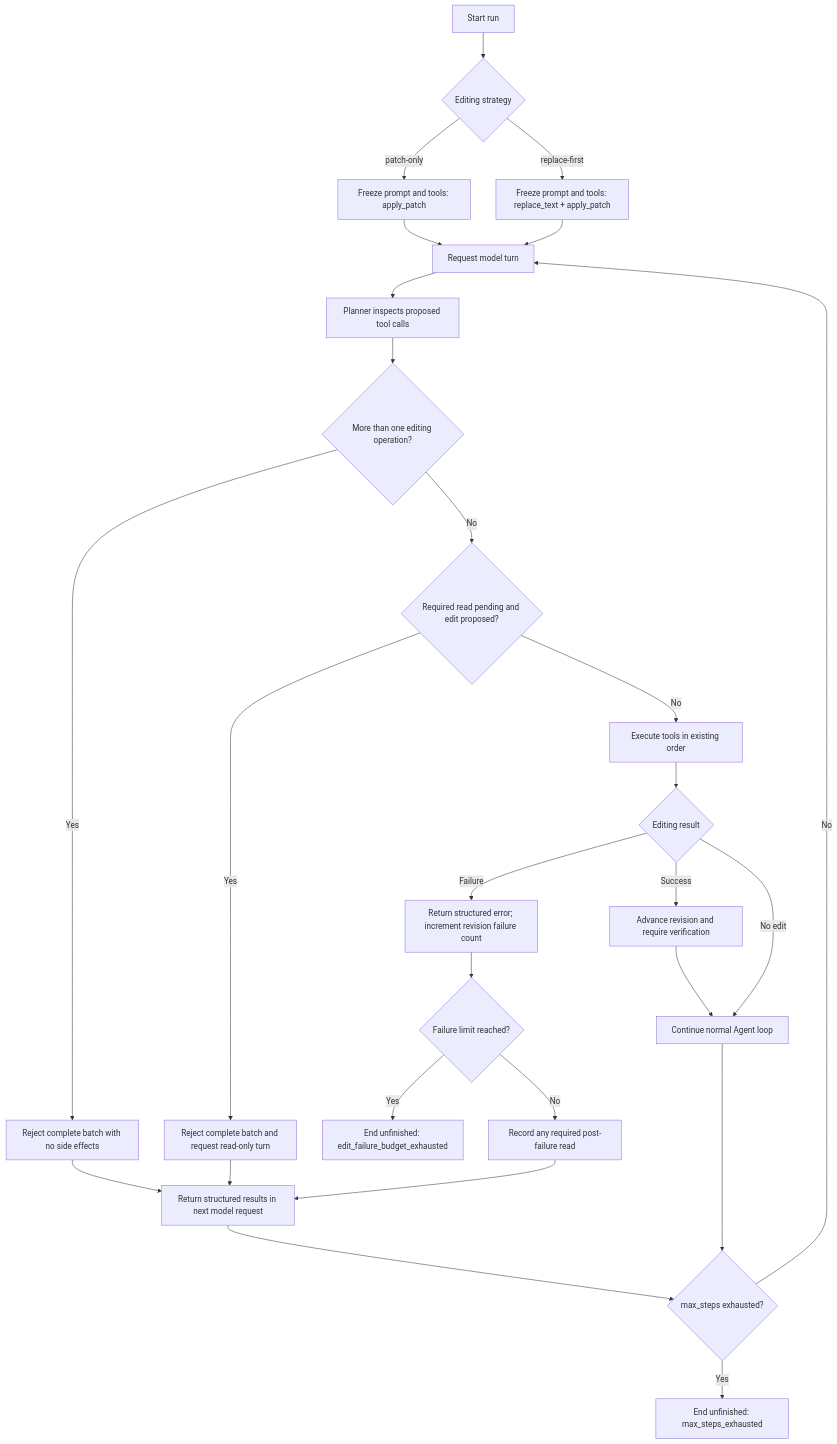
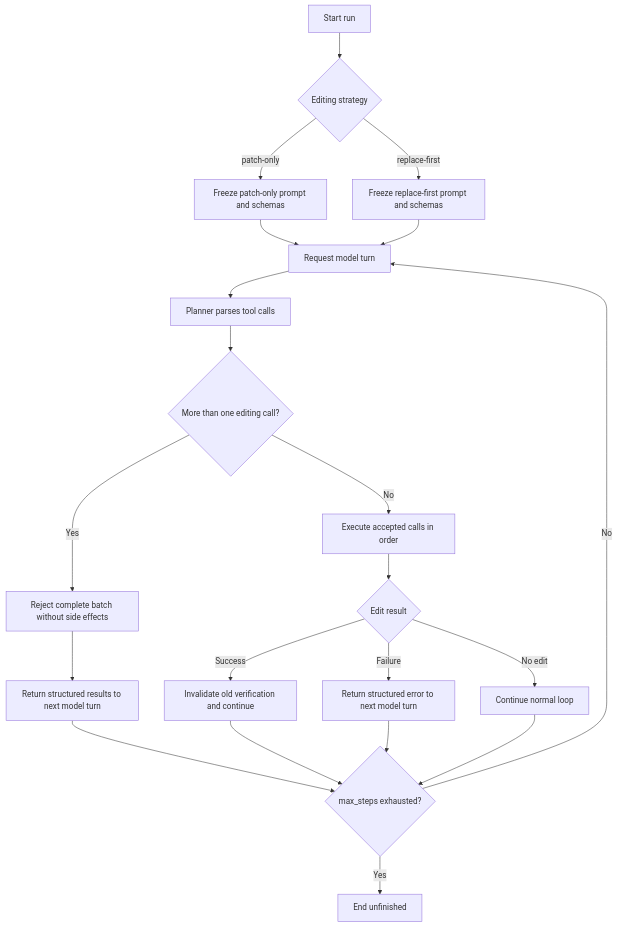
One commit to GenTang/Yada changed the first of 2 diagrams in docs/dev/editing-strategy.md. Above: the diagram before and after it, drawn with Mermaid. The commit also changed other lines of this file and 24 other files, not shown here.

```diff
--- a/docs/dev/editing-strategy.md
+++ b/docs/dev/editing-strategy.md
@@ -357,34 +219,26 @@
 ~~~mermaid
 flowchart TD
     A["Start run"] --> B{"Editing strategy"}
-    B -->|"patch-only"| C["Freeze prompt and tools: apply_patch"]
-    B -->|"replace-first"| D["Freeze prompt and tools: replace_text + apply_patch"]
+    B -->|"patch-only"| C["Freeze patch-only prompt and schemas"]
+    B -->|"replace-first"| D["Freeze replace-first prompt and schemas"]
     C --> E["Request model turn"]
     D --> E
 
-    E --> F["Planner inspects proposed tool calls"]
-    F --> G{"More than one editing operation?"}
-    G -->|"Yes"| H["Reject complete batch with no side effects"]
-    H --> I["Return structured results in next model request"]
-    I --> N{"max_steps exhausted?"}
+    E --> F["Planner parses tool calls"]
+    F --> G{"More than one editing call?"}
+    G -->|"Yes"| H["Reject complete batch without side effects"]
+    H --> I["Return structured results to next model turn"]
+    G -->|"No"| J["Execute accepted calls in order"]
 
-    G -->|"No"| J{"Required read pending and edit proposed?"}
-    J -->|"Yes"| K["Reject complete batch and request read-only turn"]
-    K --> I
-    J -->|"No"| L["Execute tools in existing order"]
+    J --> K{"Edit result"}
+    K -->|"Success"| L["Invalidate old verification and continue"]
+    K -->|"Failure"| M["Return structured error to next model turn"]
+    K -->|"No edit"| N["Continue normal loop"]
 
-    L --> M{"Editing result"}
-    M -->|"Success"| O["Advance revision and require verification"]
-    O --> P["Continue normal Agent loop"]
-    P --> N
-
-    M -->|"Failure"| Q["Return structured error; increment revision failure count"]
-    Q --> R{"Failure limit reached?"}
-    R -->|"Yes"| S["End unfinished: edit_failure_budget_exhausted"]
-    R -->|"No"| T["Record any required post-failure read"]
-    T --> I
-
-    M -->|"No edit"| P
-    N -->|"No"| E
-    N -->|"Yes"| U["End unfinished: max_steps_exhausted"]
+    I --> O{"max_steps exhausted?"}
+    L --> O
+    M --> O
+    N --> O
+    O -->|"No"| E
+    O -->|"Yes"| P["End unfinished"]
 ~~~
```
